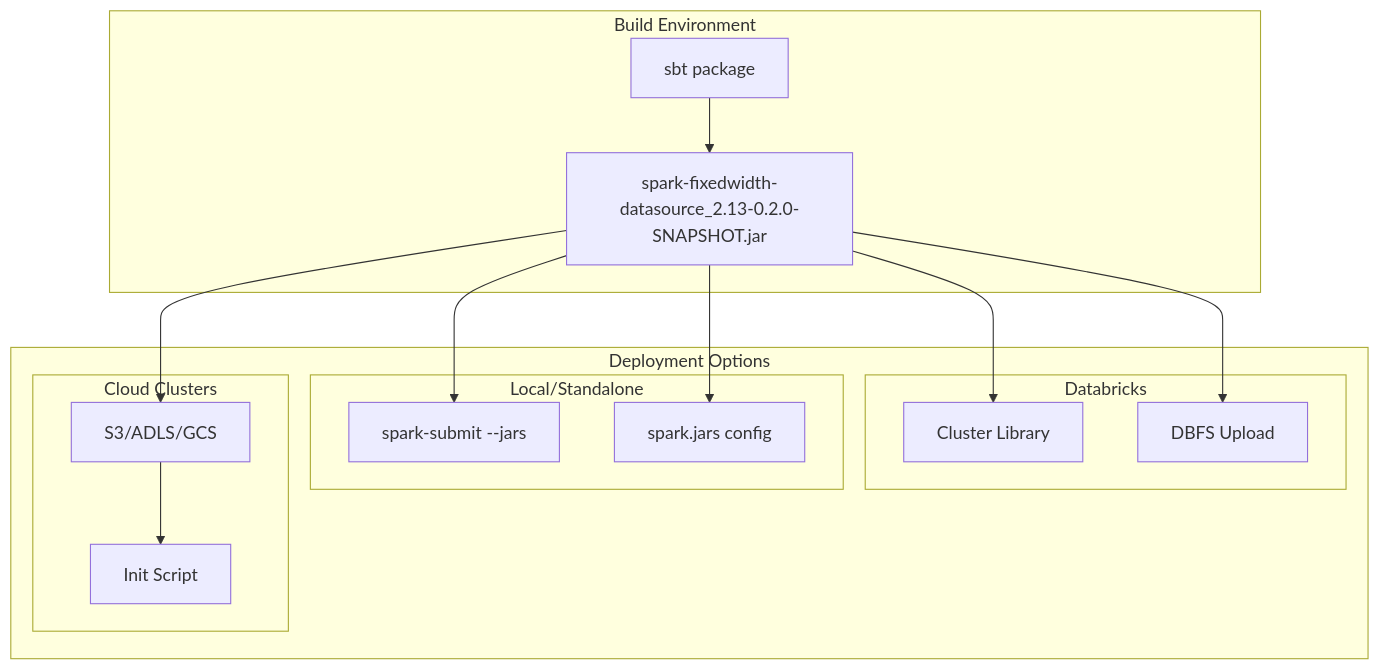
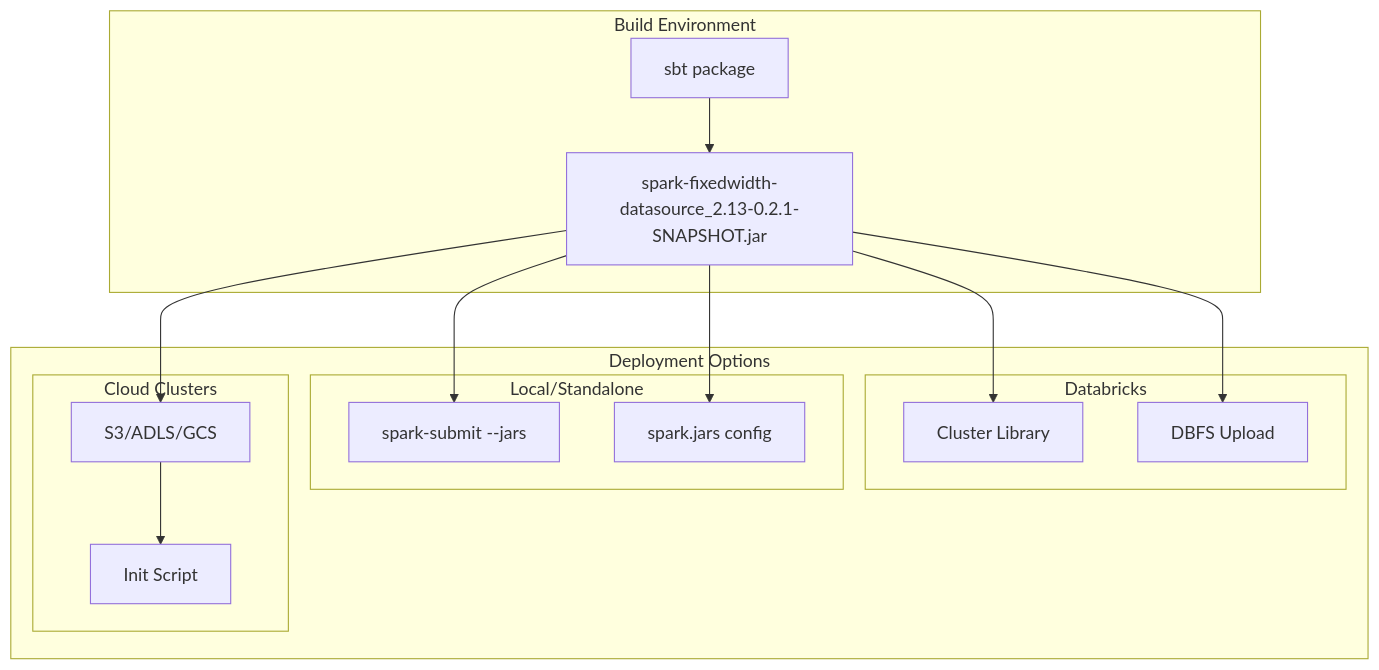
One commit to alextimmer/spark-databricks-fixedwidth-datasource-v2 changed the fifth of 6 diagrams in docs/ARCHITECTURE.md. Above: the diagram before and after it, drawn with Mermaid. The commit also changed other lines of this file and 5 other files, not shown here.

````diff
--- a/docs/ARCHITECTURE.md
+++ b/docs/ARCHITECTURE.md
@@ -453,30 +453,30 @@
 ```mermaid
 flowchart TB
     subgraph Build["Build Environment"]
         SBT["sbt package"]
-        JAR["spark-fixedwidth-datasource_2.13-0.2.0-SNAPSHOT.jar"]
+        JAR["spark-fixedwidth-datasource_2.13-0.2.1-SNAPSHOT.jar"]
     end
 
     subgraph Deploy["Deployment Options"]
         subgraph Databricks["Databricks"]
             DBLib["Cluster Library"]
             DBFS["DBFS Upload"]
         end
         subgraph Local["Local/Standalone"]
             SparkSubmit["spark-submit --jars"]
             SparkConf["spark.jars config"]
         end
         subgraph Cloud["Cloud Clusters"]
             S3["S3/ADLS/GCS"]
             Init["Init Script"]
         end
     end
 
     SBT --> JAR
     JAR --> DBLib
     JAR --> DBFS
     JAR --> SparkSubmit
     JAR --> SparkConf
     JAR --> S3
     S3 --> Init
 ```
````
